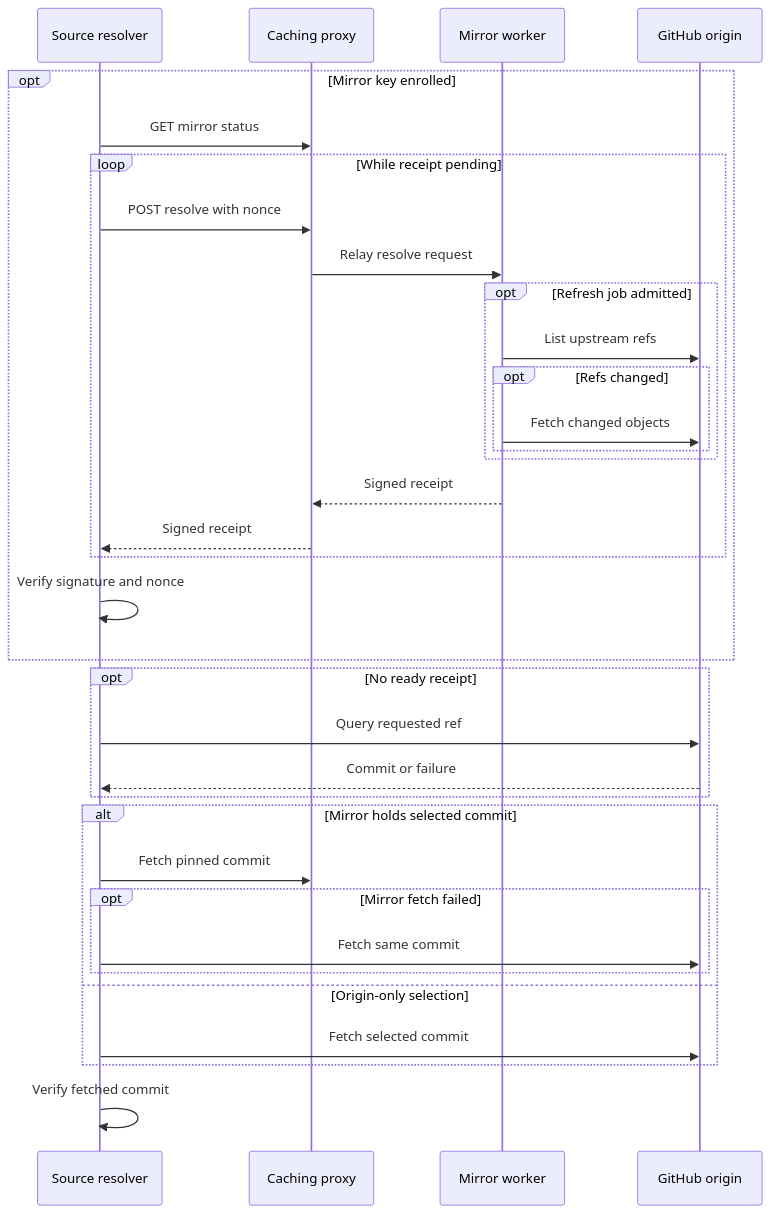
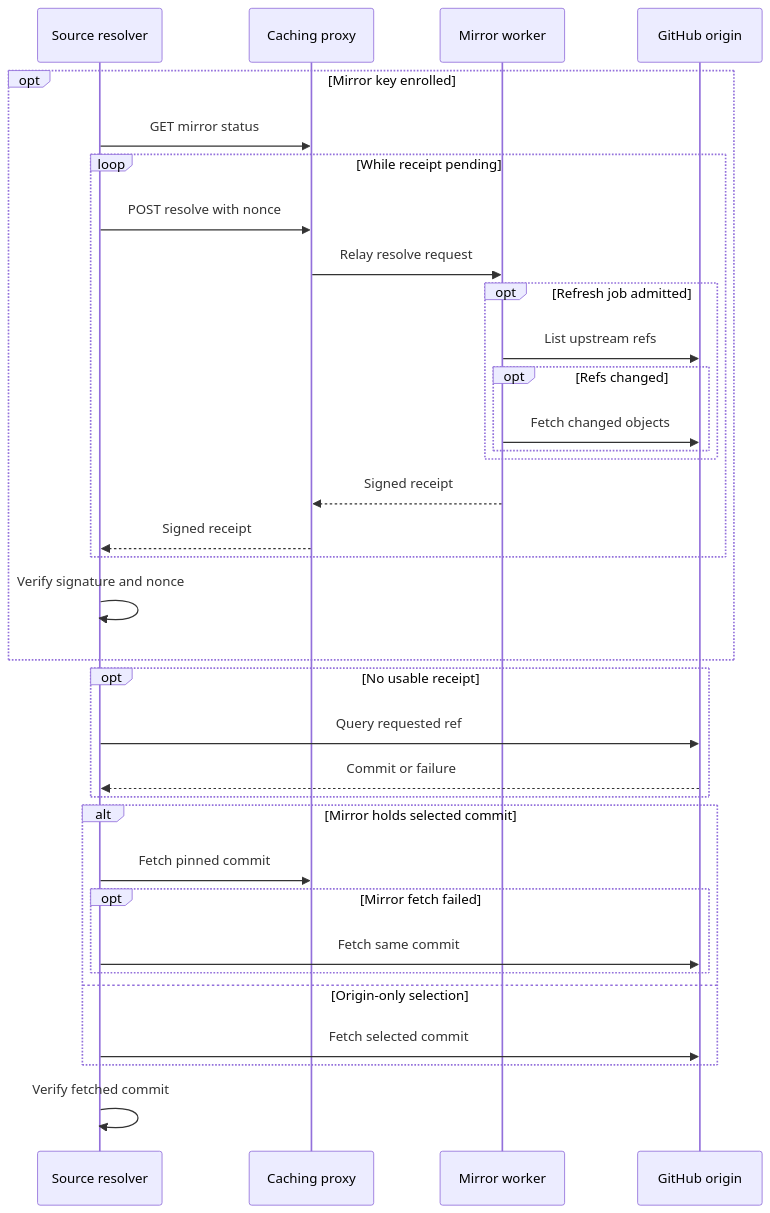
One commit to alissonsol/yuruna changed the sixth of 16 diagrams in docs/design/03-data-flows.md. Above: the diagram before and after it, drawn with Mermaid. The commit also changed other lines of this file and 1627 other files, not shown here.

````diff
--- a/docs/design/03-data-flows.md
+++ b/docs/design/03-data-flows.md
@@ -250,36 +254,36 @@
 ```mermaid
 sequenceDiagram
     participant test-host-git-psm1 as Source resolver
     participant caching-proxy-service as Caching proxy
     participant git-mirror-worker as Mirror worker
     participant github as GitHub origin
     opt Mirror key enrolled
         test-host-git-psm1->>caching-proxy-service: GET mirror status
         loop While receipt pending
             test-host-git-psm1->>caching-proxy-service: POST resolve with nonce
             caching-proxy-service->>git-mirror-worker: Relay resolve request
             opt Refresh job admitted
                 git-mirror-worker->>github: List upstream refs
                 opt Refs changed
                     git-mirror-worker->>github: Fetch changed objects
                 end
             end
             git-mirror-worker-->>caching-proxy-service: Signed receipt
             caching-proxy-service-->>test-host-git-psm1: Signed receipt
         end
         test-host-git-psm1->>test-host-git-psm1: Verify signature and nonce
     end
-    opt No ready receipt
+    opt No usable receipt
         test-host-git-psm1->>github: Query requested ref
         github-->>test-host-git-psm1: Commit or failure
     end
     alt Mirror holds selected commit
         test-host-git-psm1->>caching-proxy-service: Fetch pinned commit
         opt Mirror fetch failed
             test-host-git-psm1->>github: Fetch same commit
         end
     else Origin-only selection
         test-host-git-psm1->>github: Fetch selected commit
     end
     test-host-git-psm1->>test-host-git-psm1: Verify fetched commit
 ```
````
